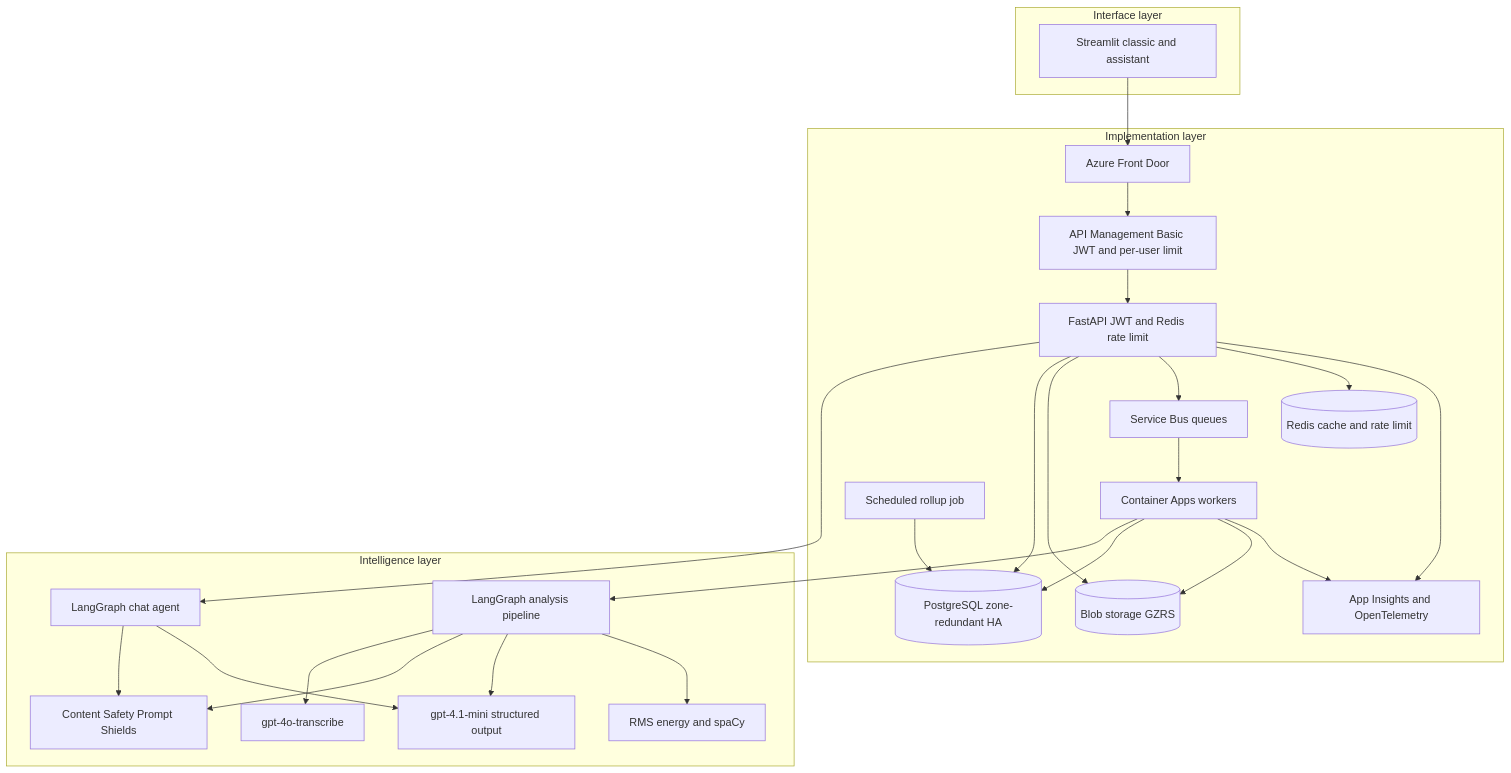
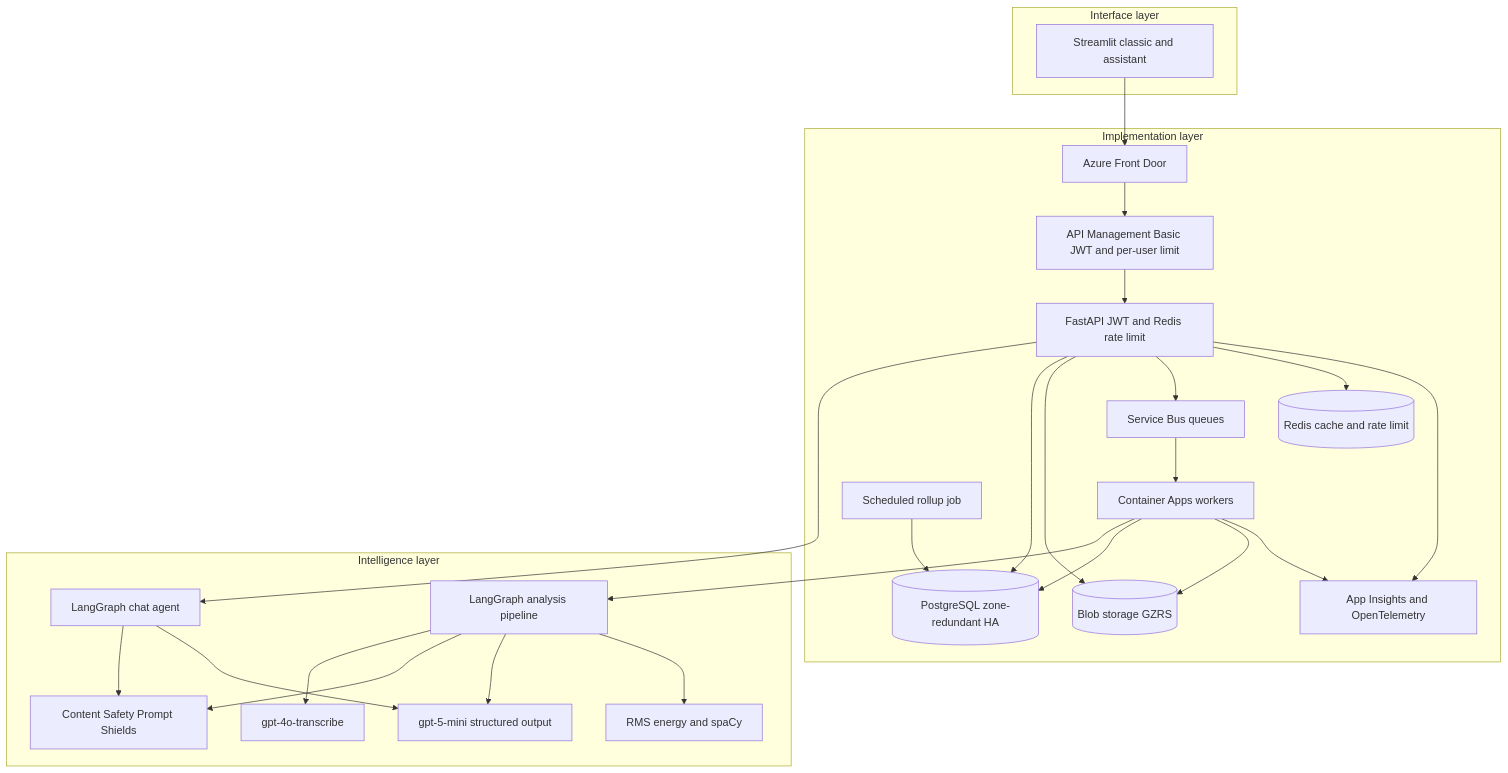
Before and after one commit to highprincezero/wn-voice-analytics: the diagram in docs/diagrams/system-architecture.mmd, drawn with Mermaid. The commit also changed 16 other files, not shown here.

First line of the commit message:
Use gpt-5-mini and omit chat temperature unless set.

```diff
--- a/docs/diagrams/system-architecture.mmd
+++ b/docs/diagrams/system-architecture.mmd
@@ -1,46 +1,46 @@
 flowchart TB
   subgraph interfaceLayer [Interface layer]
     UI[Streamlit classic and assistant]
   end
 
   subgraph implementationLayer [Implementation layer]
     FD[Azure Front Door]
     APIM[API Management Basic JWT and per-user limit]
     API[FastAPI JWT and Redis rate limit]
     SB[Service Bus queues]
     WK[Container Apps workers]
     JOB[Scheduled rollup job]
     PG[(PostgreSQL zone-redundant HA)]
     BLOB[(Blob storage GZRS)]
     CACHE[(Redis cache and rate limit)]
     OBS[App Insights and OpenTelemetry]
   end
 
   subgraph intelligenceLayer [Intelligence layer]
     LG[LangGraph analysis pipeline]
     CHAT[LangGraph chat agent]
     STT[gpt-4o-transcribe]
-    LLM[gpt-4.1-mini structured output]
+    LLM[gpt-5-mini structured output]
     CS[Content Safety Prompt Shields]
     FEAT[RMS energy and spaCy]
   end
 
   UI --> FD --> APIM --> API
   API --> CHAT
   API --> PG
   API --> BLOB
   API --> SB
   API --> CACHE
   CHAT --> CS
   CHAT --> LLM
   SB --> WK
   JOB --> PG
   WK --> LG
   LG --> STT
   LG --> CS
   LG --> LLM
   LG --> FEAT
   WK --> PG
   WK --> BLOB
   API --> OBS
   WK --> OBS
```
